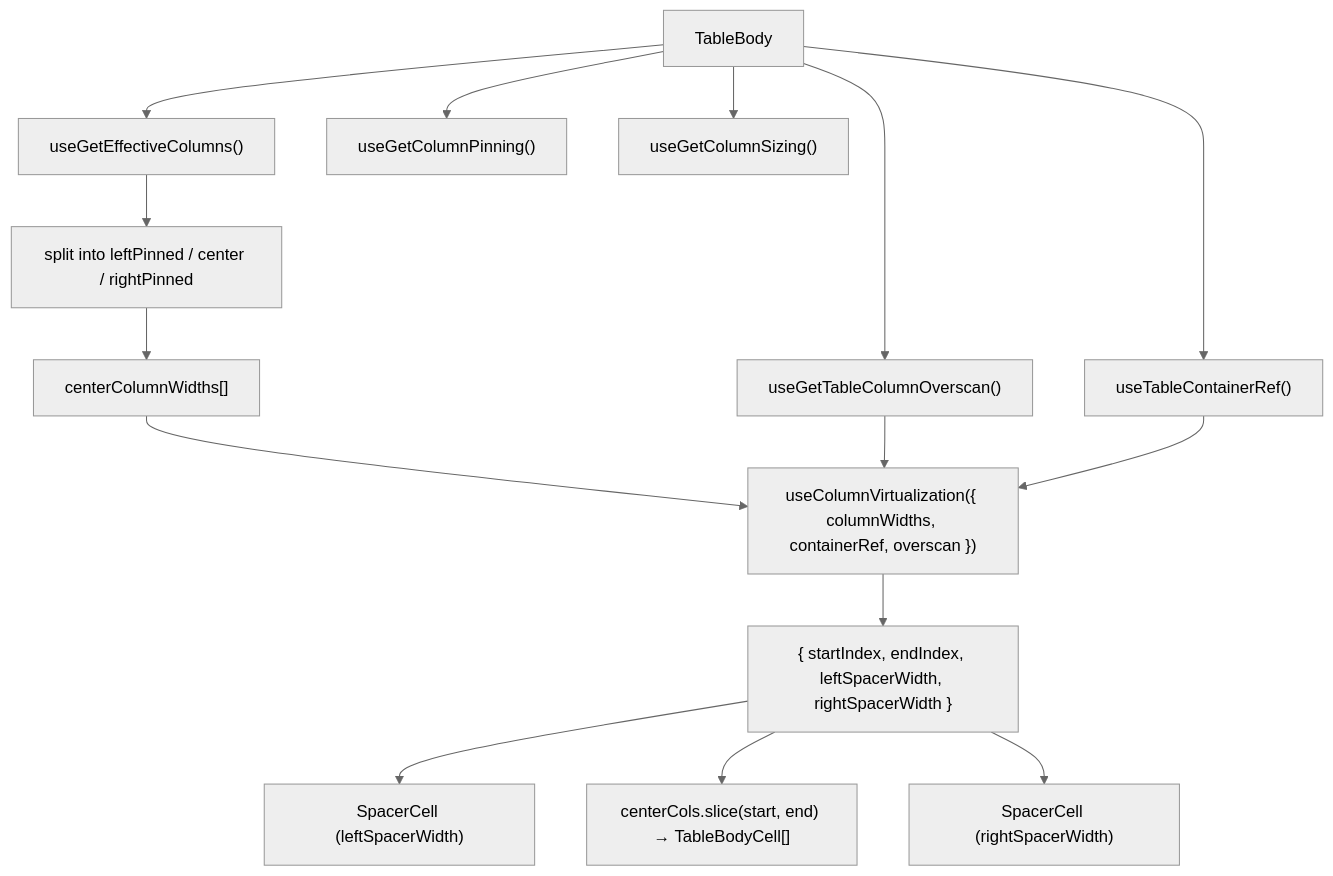
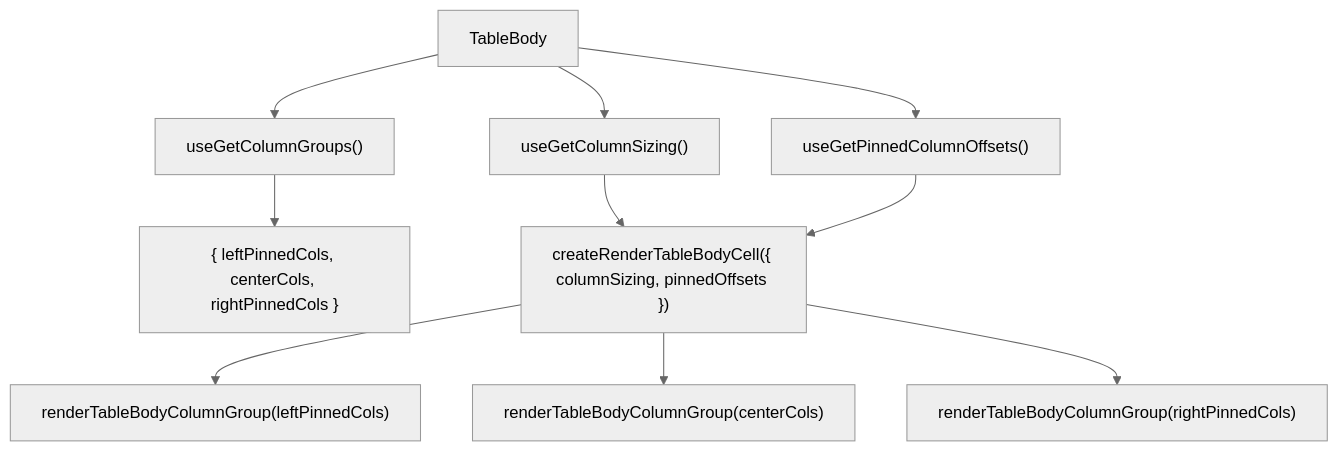
The second of 2 diagrams in src/components/Table/TableBody/ARCHITECTURE.md (luciocabrera/lcabrera-stack), drawn with Mermaid (neutral theme) before and after one commit. The commit also changed other lines of this file and 23 other files, not shown here.

First line of the commit message:
refactor(Table): streamline column management with new selectors and utilities

````diff
--- a/src/components/Table/TableBody/ARCHITECTURE.md
+++ b/src/components/Table/TableBody/ARCHITECTURE.md
@@ -64,19 +65,14 @@
 ```mermaid
 graph TD
-  TB["TableBody"] --> EC["useGetEffectiveColumns()"]
-  TB --> CP["useGetColumnPinning()"]
+  TB["TableBody"] --> CG["useGetColumnGroups()"]
   TB --> CS["useGetColumnSizing()"]
-  TB --> CO["useGetTableColumnOverscan()"]
-  TB --> CR["useTableContainerRef()"]
+  TB --> PO["useGetPinnedColumnOffsets()"]
 
-  EC --> split["split into leftPinned / center / rightPinned"]
-  split --> widths["centerColumnWidths[]"]
-  widths --> cvirt["useColumnVirtualization({ columnWidths, containerRef, overscan })"]
-  CO --> cvirt
-  CR --> cvirt
+  CG --> groups["{ leftPinnedCols, centerCols, rightPinnedCols }"]
+  CS --> renderer["createRenderTableBodyCell({ columnSizing, pinnedOffsets })"]
+  PO --> renderer
 
-  cvirt --> colRange["{ startIndex, endIndex, leftSpacerWidth, rightSpacerWidth }"]
-  colRange --> leftSpacer["SpacerCell (leftSpacerWidth)"]
-  colRange --> visibleCenter["centerCols.slice(start, end) → TableBodyCell[]"]
-  colRange --> rightSpacer["SpacerCell (rightSpacerWidth)"]
+  renderer --> left["renderTableBodyColumnGroup(leftPinnedCols)"]
+  renderer --> center["renderTableBodyColumnGroup(centerCols)"]
+  renderer --> right["renderTableBodyColumnGroup(rightPinnedCols)"]
 ```
````
